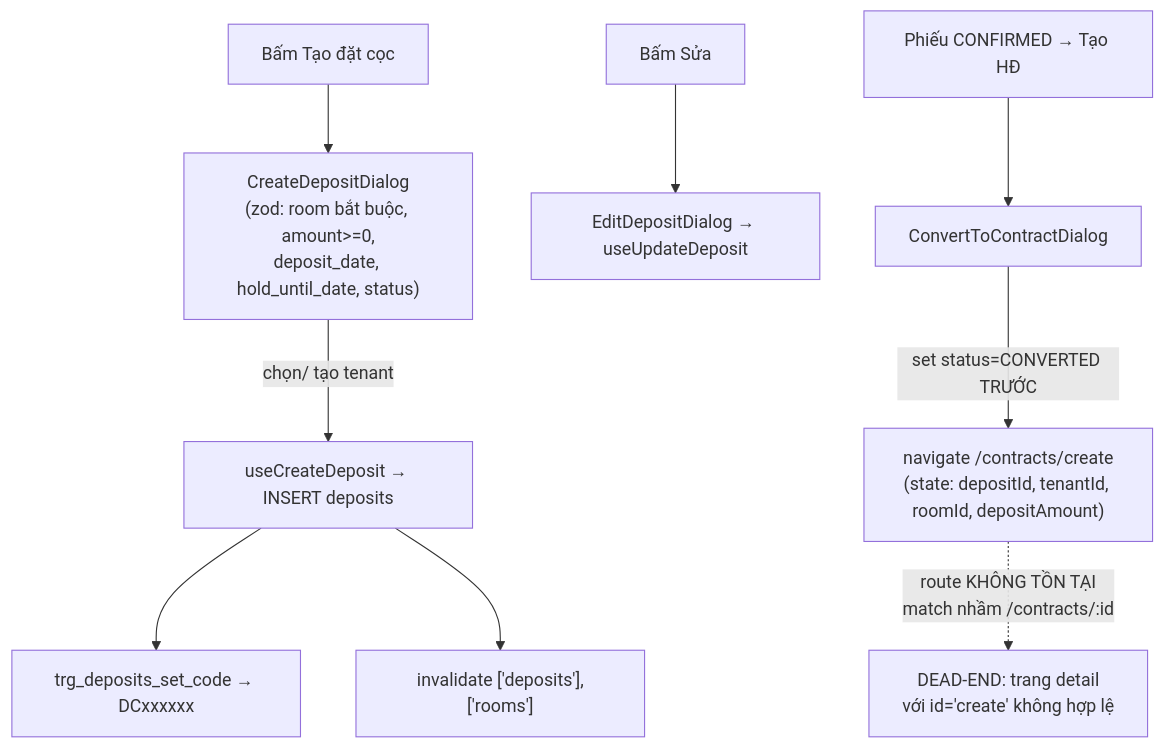
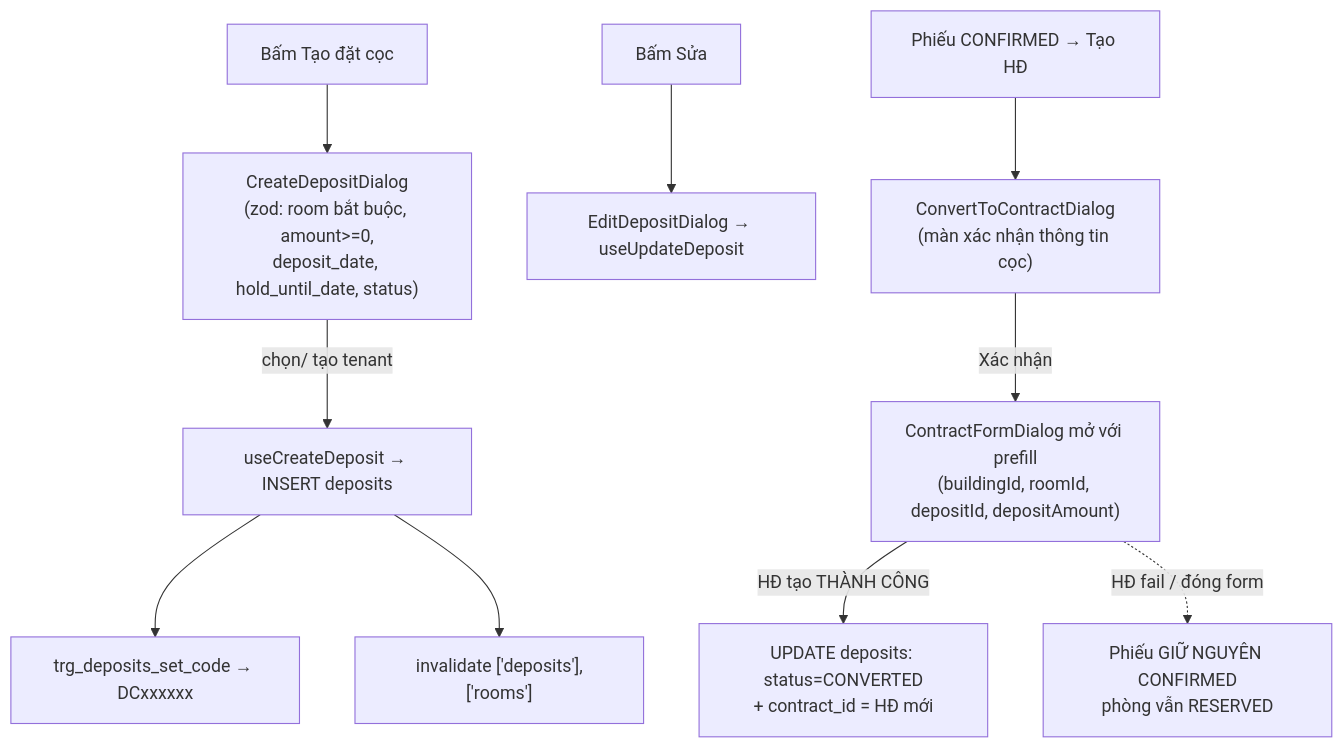
Before and after one commit to zxGreenxz/whiteboard-ihomecrm: the fourth of 5 diagrams in docs/he-thong/04-coc-giu-cho.md, drawn with Mermaid. The commit also changed other lines of this file and 11 other files, not shown here.

````diff
--- a/docs/he-thong/04-coc-giu-cho.md
+++ b/docs/he-thong/04-coc-giu-cho.md
@@ -383,11 +383,12 @@
 ```mermaid
 flowchart TD
     A["Bấm Tạo đặt cọc"] --> B["CreateDepositDialog<br/>(zod: room bắt buộc, amount>=0,<br/>deposit_date, hold_until_date, status)"]
     B -->|chọn/ tạo tenant| C["useCreateDeposit → INSERT deposits"]
     C --> D["trg_deposits_set_code → DCxxxxxx"]
     C --> E["invalidate ['deposits'],['rooms']"]
     F["Bấm Sửa"] --> G["EditDepositDialog → useUpdateDeposit"]
-    H["Phiếu CONFIRMED → Tạo HĐ"] --> I["ConvertToContractDialog"]
-    I -->|"set status=CONVERTED TRƯỚC"| J["navigate /contracts/create<br/>(state: depositId, tenantId, roomId, depositAmount)"]
-    J -.->|"route KHÔNG TỒN TẠI<br/>match nhầm /contracts/:id"| K["DEAD-END: trang detail<br/>với id='create' không hợp lệ"]
+    H["Phiếu CONFIRMED → Tạo HĐ"] --> I["ConvertToContractDialog<br/>(màn xác nhận thông tin cọc)"]
+    I -->|"Xác nhận"| J["ContractFormDialog mở với prefill<br/>(buildingId, roomId, depositId, depositAmount)"]
+    J -->|"HĐ tạo THÀNH CÔNG"| K["UPDATE deposits: status=CONVERTED<br/>+ contract_id = HĐ mới"]
+    J -.->|"HĐ fail / đóng form"| L["Phiếu GIỮ NGUYÊN CONFIRMED<br/>phòng vẫn RESERVED"]
 ```
````
